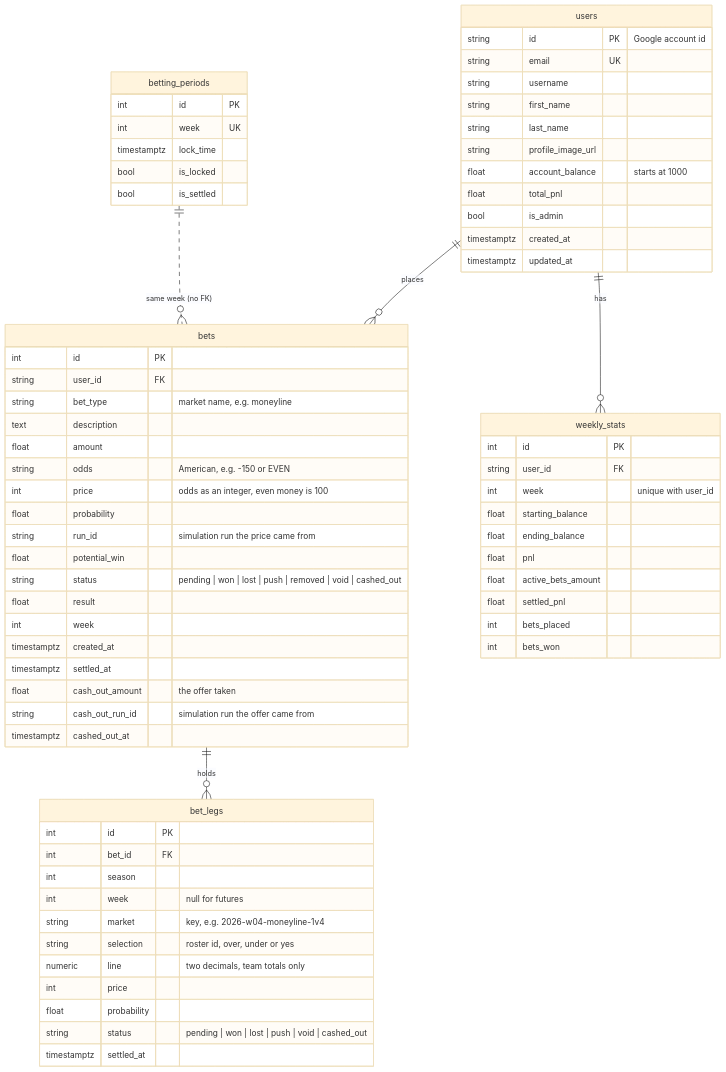
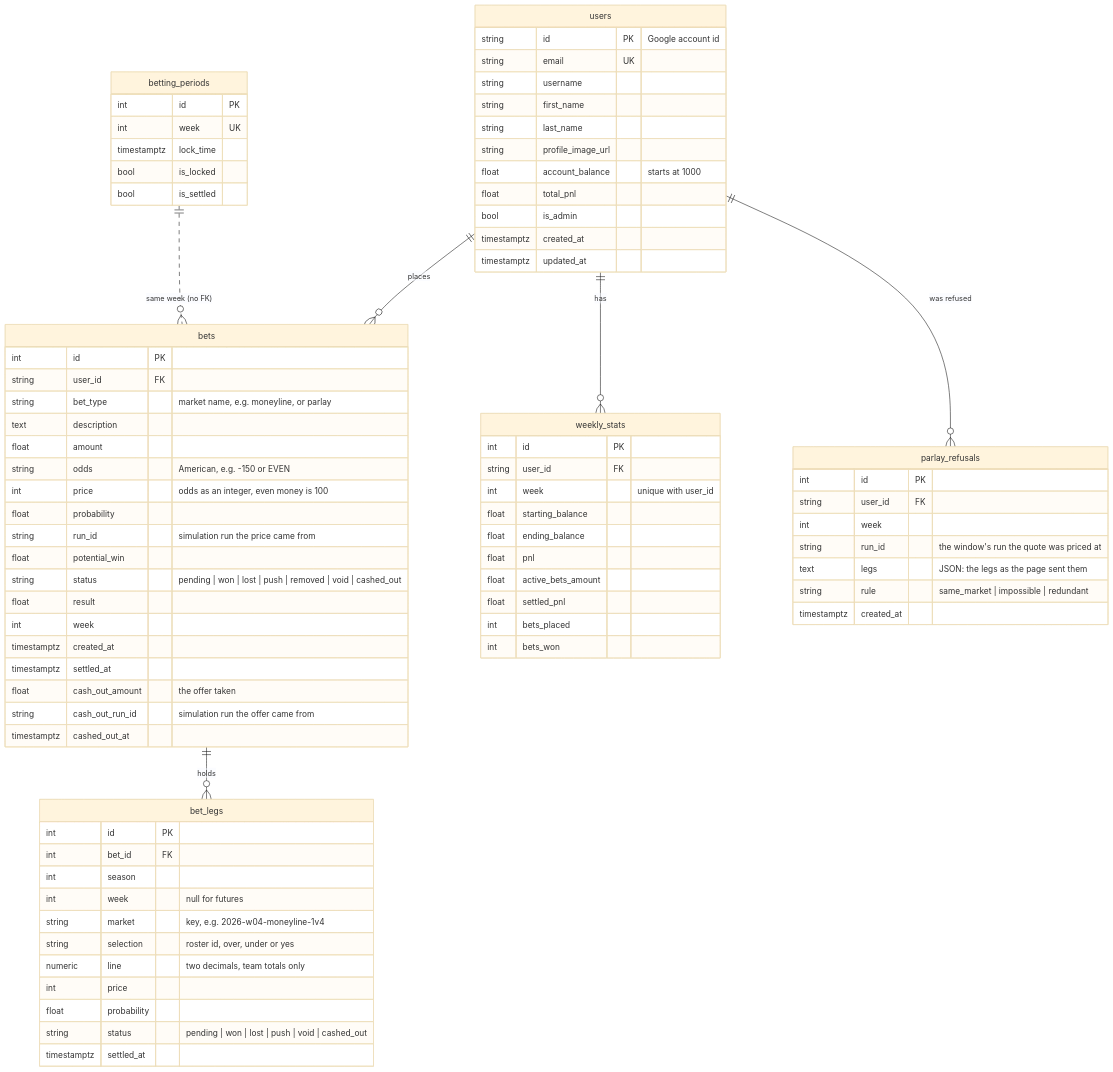
Before and after one commit to sfaizi24/TNCasino: the second of 3 diagrams in docs/architecture/04-data-model.md, drawn with Mermaid (base theme). The commit also changed other lines of this file and 3 other files, not shown here.

First line of the commit message:
Document parlays: the joint price, the refusals, settlement with pushed legs, the slip

````diff
--- a/docs/architecture/04-data-model.md
+++ b/docs/architecture/04-data-model.md
@@ -106,6 +106,7 @@
     users ||--o{ bets : places
     users ||--o{ weekly_stats : has
     bets ||--o{ bet_legs : holds
+    users ||--o{ parlay_refusals : "was refused"
     betting_periods ||..o{ bets : "same week (no FK)"
 
     users {
@@ -124,7 +125,7 @@
     bets {
         int id PK
         string user_id FK
-        string bet_type "market name, e.g. moneyline"
+        string bet_type "market name, e.g. moneyline, or parlay"
         text description
         float amount
         string odds "American, e.g. -150 or EVEN"
@@ -173,4 +174,13 @@
         bool is_locked
         bool is_settled
     }
+    parlay_refusals {
+        int id PK
+        string user_id FK
+        int week
+        string run_id "the window's run the quote was priced at"
+        text legs "JSON: the legs as the page sent them"
+        string rule "same_market | impossible | redundant"
+        timestamptz created_at
+    }
 ```
````
